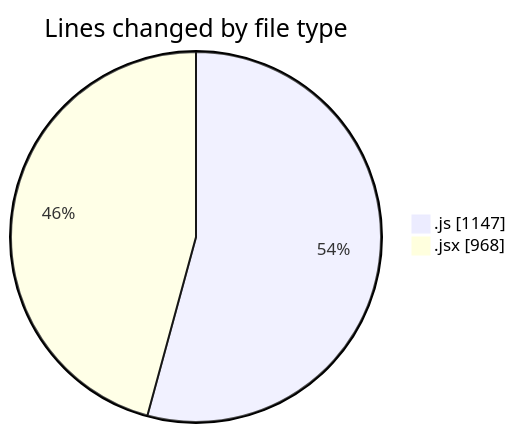
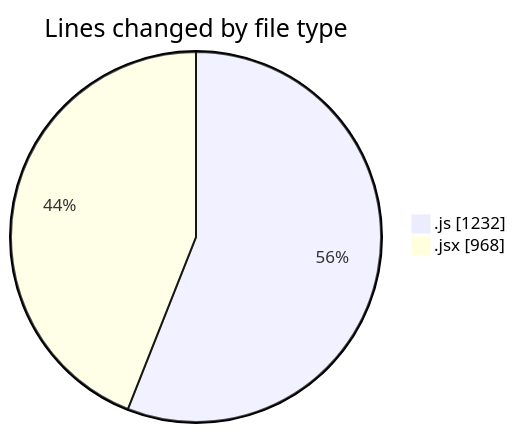
Before and after one commit to nxtqubesakshisongat/code-tracking: the first of 2 diagrams in 2025-09-18/nxtqube_webapp/README.md, drawn with Mermaid. The commit also changed other lines of this file and 1 other file, not shown here.

````diff
--- a/2025-09-18/nxtqube_webapp/README.md
+++ b/2025-09-18/nxtqube_webapp/README.md
@@ -22,6 +23,6 @@
 ```mermaid
 pie showData
 title Lines changed by file type
-".js" : 1147
+".js" : 1232
 ".jsx" : 968
 ```
````
